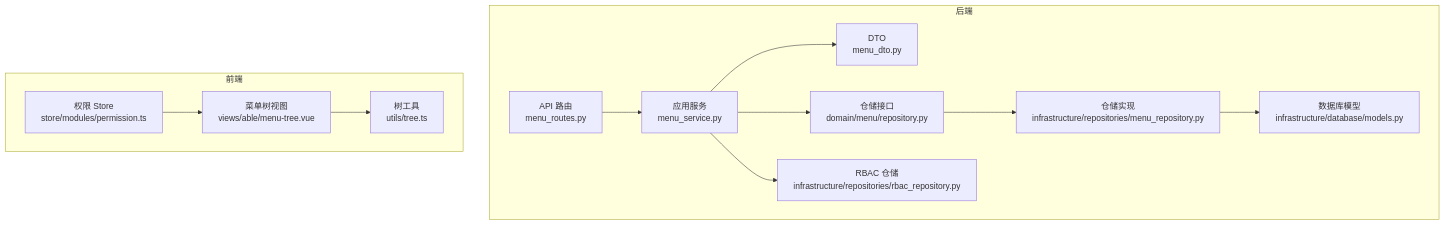
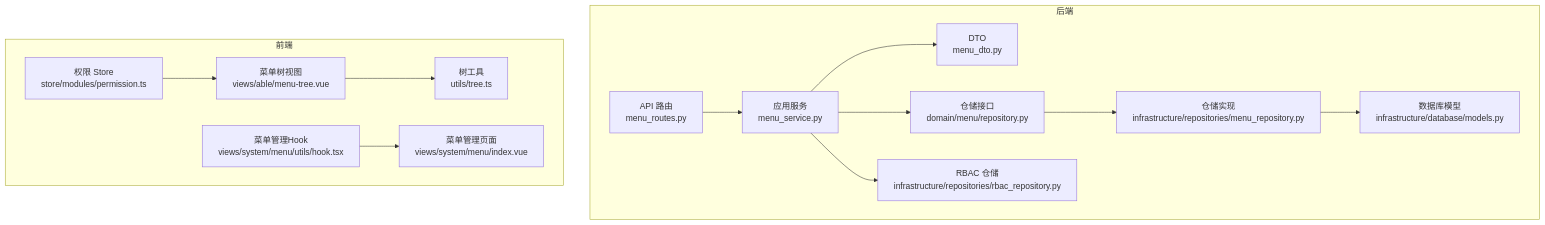
The first of 9 diagrams in .qoder/repowiki/zh/content/数据库设计/数据模型设计/菜单实体模型.md (taoweidong/Hello-FastApi), drawn with Mermaid before and after one commit. The commit also changed other lines of this file and 11 other files, not shown here.

````diff
--- a/.qoder/repowiki/zh/content/数据库设计/数据模型设计/菜单实体模型.md
+++ b/.qoder/repowiki/zh/content/数据库设计/数据模型设计/菜单实体模型.md
@@ -42,25 +52,28 @@
 ```mermaid
 graph TB
 subgraph "后端"
 R["API 路由<br/>menu_routes.py"]
 S["应用服务<br/>menu_service.py"]
 D["DTO<br/>menu_dto.py"]
 IR["仓储接口<br/>domain/menu/repository.py"]
 RR["仓储实现<br/>infrastructure/repositories/menu_repository.py"]
 M["数据库模型<br/>infrastructure/database/models.py"]
 PR["RBAC 仓储<br/>infrastructure/repositories/rbac_repository.py"]
 end
 subgraph "前端"
 P["权限 Store<br/>store/modules/permission.ts"]
 T["树工具<br/>utils/tree.ts"]
 V["菜单树视图<br/>views/able/menu-tree.vue"]
+H["菜单管理Hook<br/>views/system/menu/utils/hook.tsx"]
+I["菜单管理页面<br/>views/system/menu/index.vue"]
 end
 R --> S
 S --> D
 S --> IR
 IR --> RR
 RR --> M
 S --> PR
 P --> V
 V --> T
+H --> I
 ```
````
